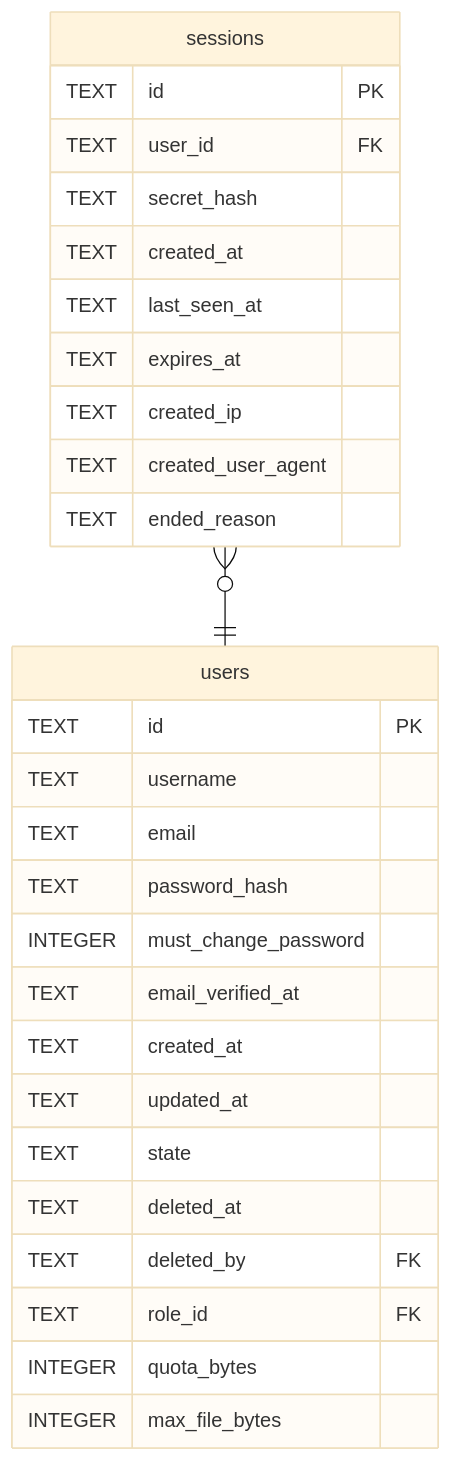
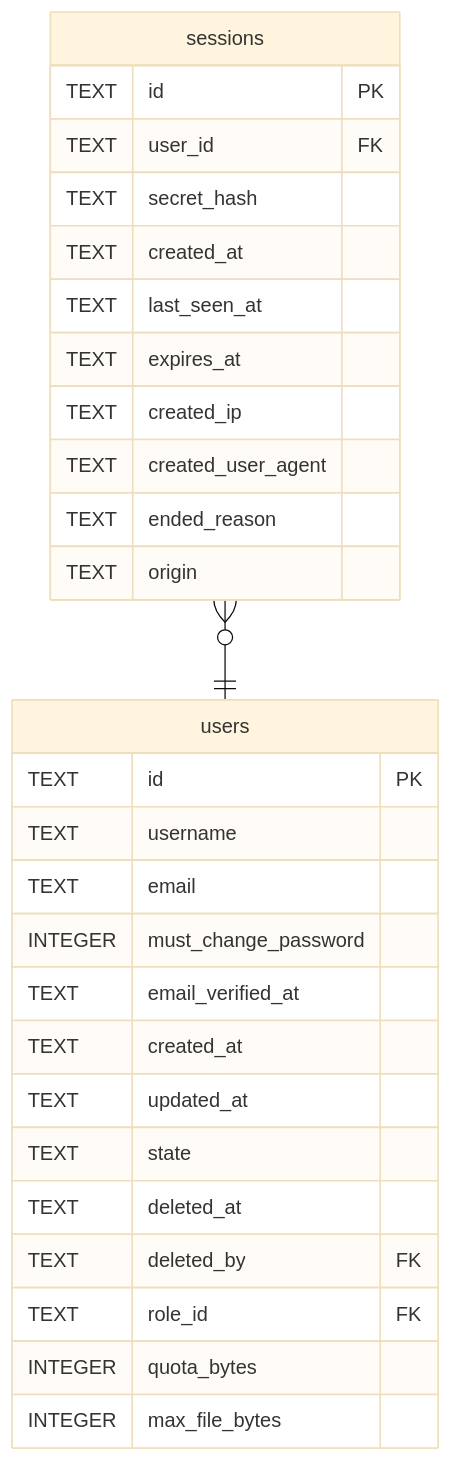
The diagram in docs/schema/sessions.md (Limatura/tessera), drawn with Mermaid (base theme) before and after one commit. The commit also changed other lines of this file and 29 other files, not shown here.

First line of the commit message:
feat(auth): OIDC 的 schema (#230)

````diff
--- a/docs/schema/sessions.md
+++ b/docs/schema/sessions.md
@@ -57,33 +58,33 @@
 ```mermaid
 erDiagram
 
 "sessions" }o--|| "users" : ""
 
 "sessions" {
   TEXT id PK
   TEXT user_id FK
   TEXT secret_hash
   TEXT created_at
   TEXT last_seen_at
   TEXT expires_at
   TEXT created_ip
   TEXT created_user_agent
   TEXT ended_reason
+  TEXT origin
 }
 "users" {
   TEXT id PK
   TEXT username
   TEXT email
-  TEXT password_hash
   INTEGER must_change_password
   TEXT email_verified_at
   TEXT created_at
   TEXT updated_at
   TEXT state
   TEXT deleted_at
   TEXT deleted_by FK
   TEXT role_id FK
   INTEGER quota_bytes
   INTEGER max_file_bytes
 }
 ```
````
